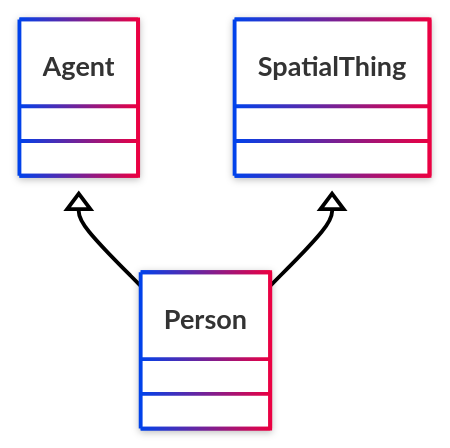
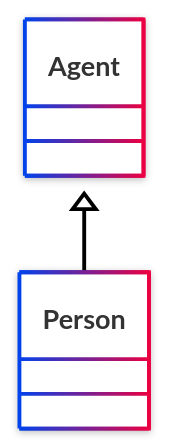
One commit to StephaneBranly/ontodoc changed the diagram in example/build/class/Person.md. Above: the diagram before and after it, drawn with Mermaid. The commit also changed other lines of this file and 71 other files, not shown here.

````diff
--- a/example/build/class/Person.md
+++ b/example/build/class/Person.md
@@ -9,11 +9,10 @@
 ```mermaid
 ---
 config:
   look: neo
   theme: neo
 ---
 classDiagram
     class Person
     Agent <|-- Person
-    SpatialThing <|-- Person
 ```
````
